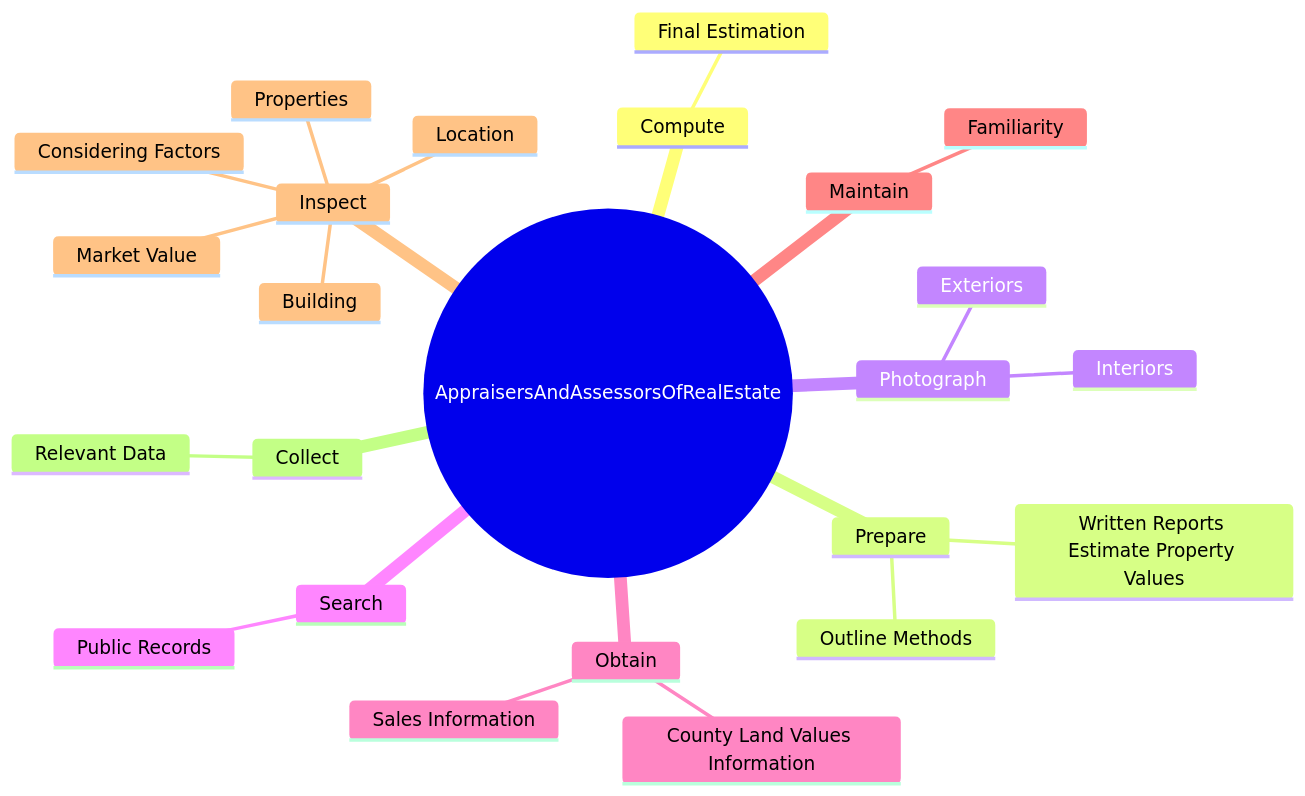
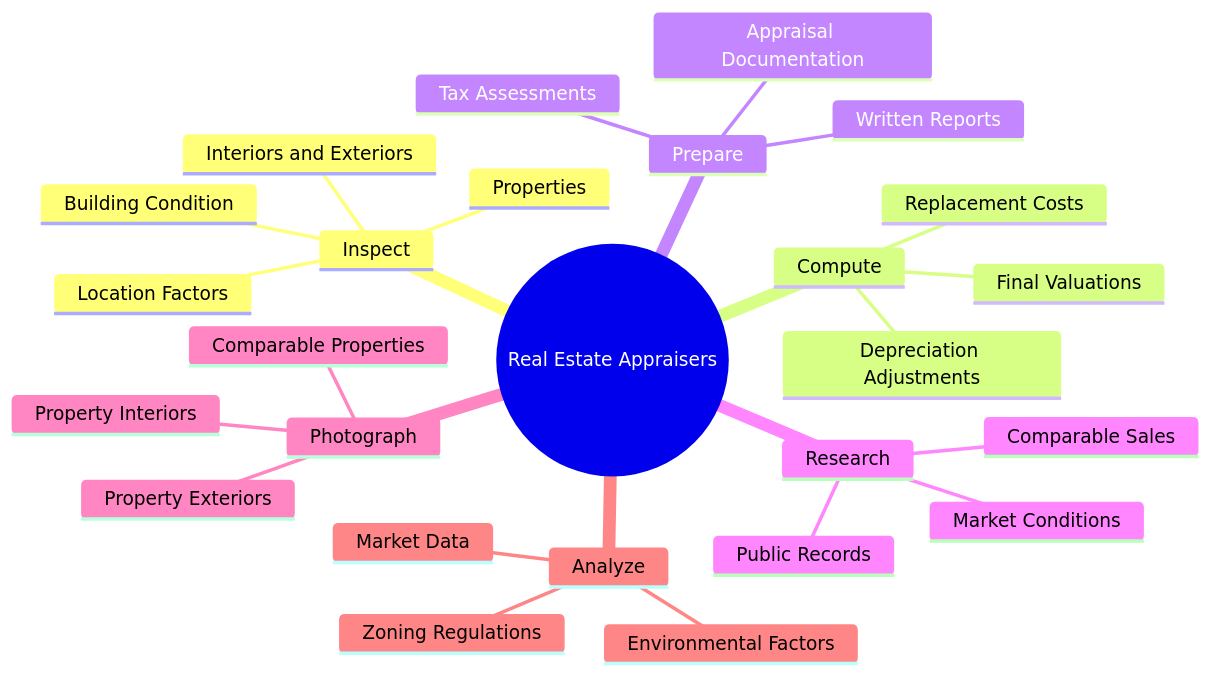
The second of 4 diagrams in occupations/Business/AppraisersAndAssessorsOfRealEstate.mdx (kziemski/business.org.ai), drawn with Mermaid before and after one commit. The commit also changed other lines of this file and 938 other files, not shown here.

````diff
--- a/occupations/Business/AppraisersAndAssessorsOfRealEstate.mdx
+++ b/occupations/Business/AppraisersAndAssessorsOfRealEstate.mdx
@@ -37,27 +48,29 @@
 ```mermaid
 mindmap
-    root(("AppraisersAndAssessorsOfRealEstate"))
-        Compute
-            Final Estimation
-        Prepare
-            Written Reports Estimate Property Values
-            Outline Methods
-        Photograph
-            Interiors
-            Exteriors
-        Search
-            Public Records
-        Obtain
-            County Land Values Information
-            Sales Information
-        Maintain
-            Familiarity
+    root(("Real Estate Appraisers"))
         Inspect
             Properties
-            Considering Factors
-            Market Value
-            Location
-            Building
-        Collect
-            Relevant Data
+            Interiors and Exteriors
+            Building Condition
+            Location Factors
+        Compute
+            Final Valuations
+            Depreciation Adjustments
+            Replacement Costs
+        Prepare
+            Written Reports
+            Appraisal Documentation
+            Tax Assessments
+        Research
+            Public Records
+            Comparable Sales
+            Market Conditions
+        Photograph
+            Property Interiors
+            Property Exteriors
+            Comparable Properties
+        Analyze
+            Market Data
+            Zoning Regulations
+            Environmental Factors
 ```
````
